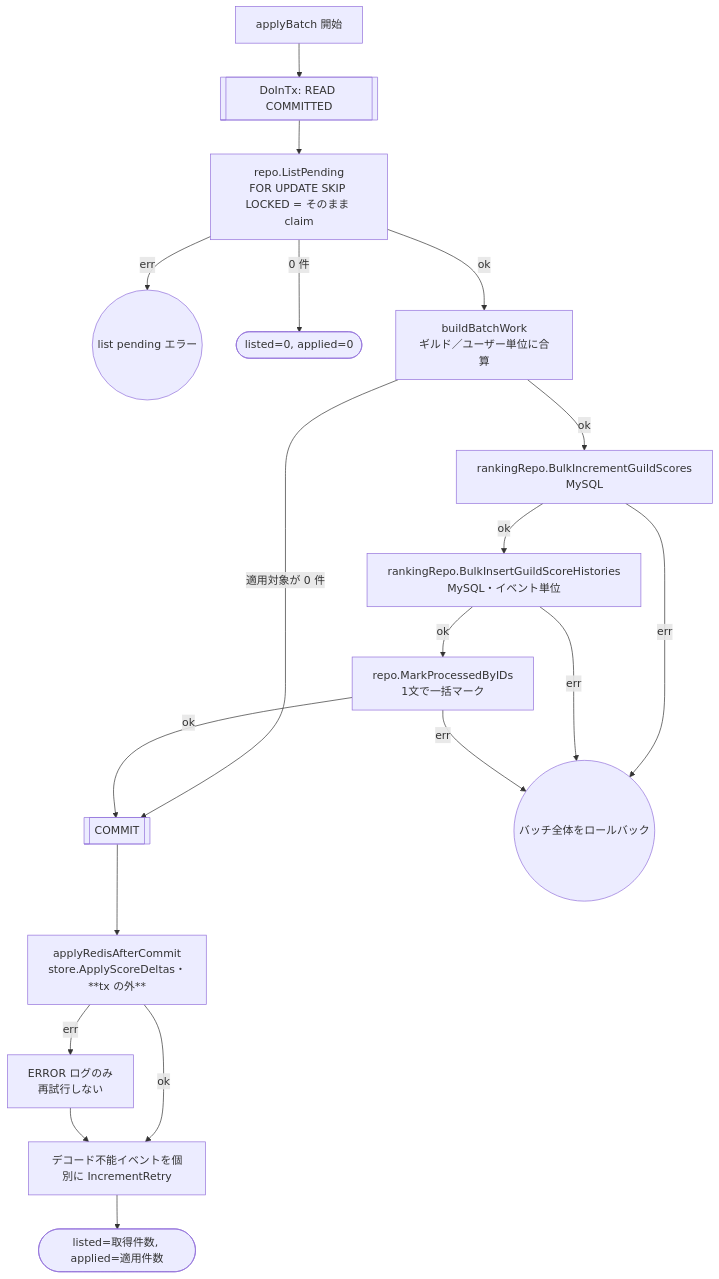
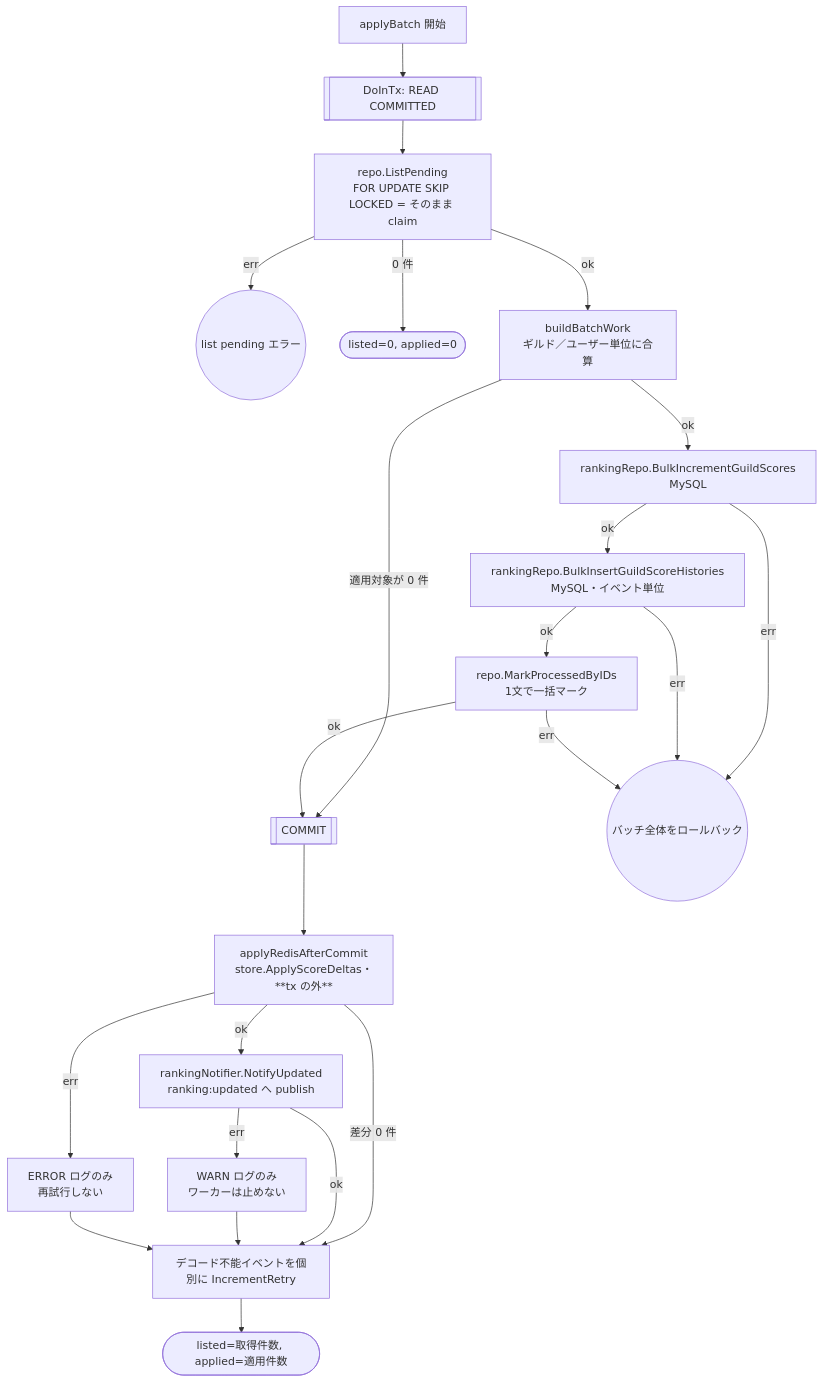
The third of 4 diagrams in docs/testing/outbox-worker.md (uchidas-rogue/game-api-sample), drawn with Mermaid before and after one commit. The commit also changed other lines of this file and 36 other files, not shown here.

````diff
--- a/docs/testing/outbox-worker.md
+++ b/docs/testing/outbox-worker.md
@@ -259,23 +259,27 @@
 ```mermaid
 flowchart TD
     BA[applyBatch 開始] --> B1[[DoInTx: READ COMMITTED]]
     B1 --> B2[repo.ListPending<br/>FOR UPDATE SKIP LOCKED = そのまま claim]
     B2 -- err --> BE1((list pending エラー))
     B2 -- 0 件 --> BZ([listed=0, applied=0])
     B2 -- ok --> B3[buildBatchWork<br/>ギルド／ユーザー単位に合算]
 
     B3 -- 適用対象が 0 件 --> BC
     B3 -- ok --> M1[rankingRepo.BulkIncrementGuildScores<br/>MySQL]
     M1 -- err --> BE2((バッチ全体をロールバック))
     M1 -- ok --> M2[rankingRepo.BulkInsertGuildScoreHistories<br/>MySQL・イベント単位]
     M2 -- err --> BE2
     M2 -- ok --> MK[repo.MarkProcessedByIDs<br/>1文で一括マーク]
     MK -- err --> BE2
     MK -- ok --> BC[[COMMIT]]
 
     BC --> R[applyRedisAfterCommit<br/>store.ApplyScoreDeltas・**tx の外**]
+    R -- 差分 0 件 --> RT
     R -- err --> RE[ERROR ログのみ<br/>再試行しない]
-    R -- ok --> RT
+    R -- ok --> NP[rankingNotifier.NotifyUpdated<br/>ranking:updated へ publish]
+    NP -- err --> NPE[WARN ログのみ<br/>ワーカーは止めない]
+    NP -- ok --> RT
+    NPE --> RT
     RE --> RT[デコード不能イベントを個別に IncrementRetry]
     RT --> BZ2([listed=取得件数, applied=適用件数])
 ```
````
